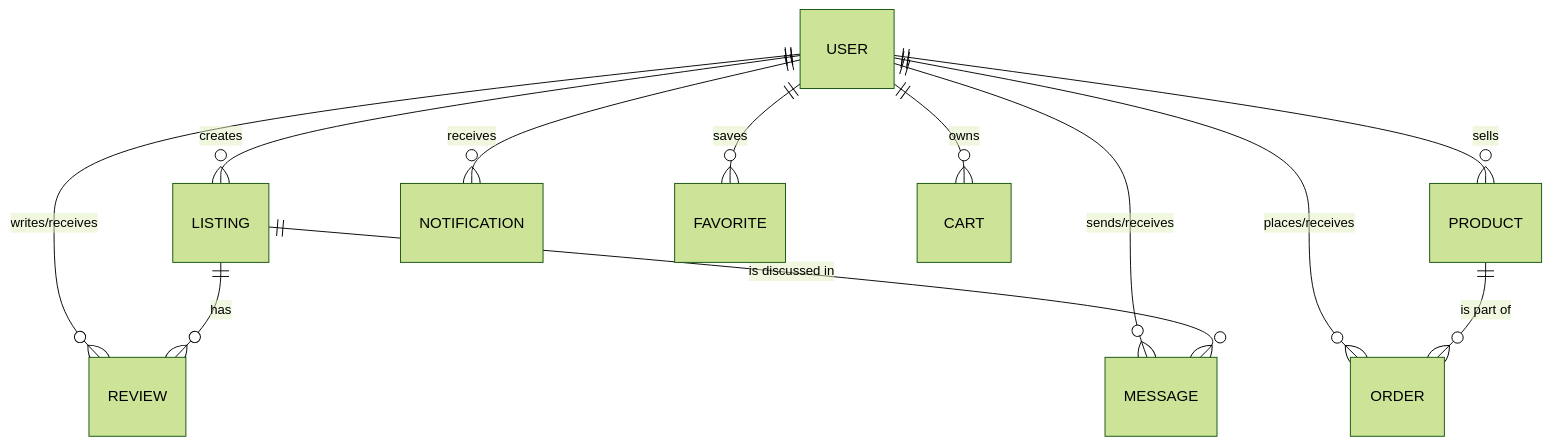
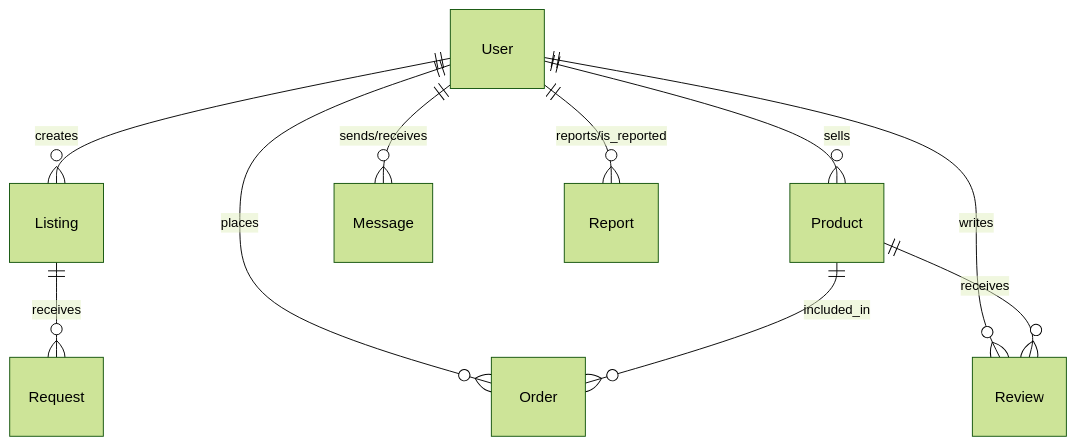
One commit to KunalM139/PawHub changed the diagram in DATABASE_DESIGN.md. Above: the diagram before and after it, drawn with Mermaid (forest theme). The commit also changed other lines of this file and 71 other files, not shown here.

````diff
--- a/DATABASE_DESIGN.md
+++ b/DATABASE_DESIGN.md
@@ -7,15 +7,13 @@
 ```mermaid
 erDiagram
-    USER ||--o{ LISTING : "creates"
-    USER ||--o{ PRODUCT : "sells"
-    USER ||--o{ ORDER : "places/receives"
-    USER ||--o{ REVIEW : "writes/receives"
-    USER ||--o{ MESSAGE : "sends/receives"
-    USER ||--o{ NOTIFICATION : "receives"
-    USER ||--o{ FAVORITE : "saves"
-    USER ||--o{ CART : "owns"
+    User ||--o{ Listing : "creates"
+    User ||--o{ Product : "sells"
+    User ||--o{ Order : "places"
+    User ||--o{ Review : "writes"
+    User ||--o{ Message : "sends/receives"
+    User ||--o{ Report : "reports/is_reported"
     
-    PRODUCT ||--o{ ORDER : "is part of"
-    LISTING ||--o{ REVIEW : "has"
-    LISTING ||--o{ MESSAGE : "is discussed in"
+    Listing ||--o{ Request : "receives"
+    Product ||--o{ Order : "included_in"
+    Product ||--o{ Review : "receives"
 ```
````
